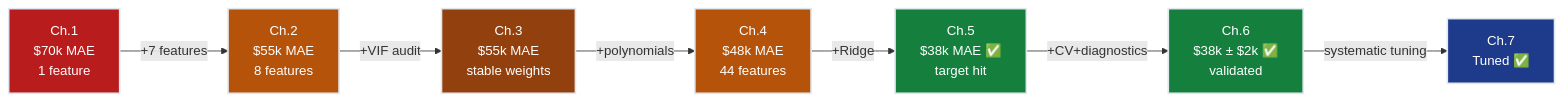
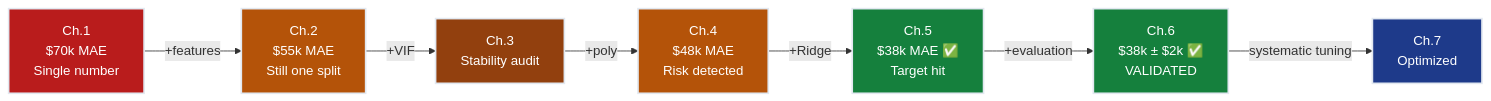
One commit to deepakshamsft/ai-portfolio changed the fifth of 5 diagrams in notes/ML/01_regression/ch06_metrics/README.md. Above: the diagram before and after it, drawn with Mermaid. The commit also changed other lines of this file and 5 other files, not shown here.

````diff
--- a/notes/ML/01_regression/ch06_metrics/README.md
+++ b/notes/ML/01_regression/ch06_metrics/README.md
@@ -724,18 +547,17 @@
 ```mermaid
 flowchart LR
-    CH1["Ch.1<br/>$70k MAE<br/>1 feature"] -->|"+7 features"| CH2["Ch.2<br/>$55k MAE<br/>8 features"]
-    CH2 -->|"+VIF audit"| CH3["Ch.3<br/>$55k MAE<br/>stable weights"]
-    CH3 -->|"+polynomials"| CH4["Ch.4<br/>$48k MAE<br/>44 features"]
-    CH4 -->|"+Ridge"| CH5["Ch.5<br/>$38k MAE ✅<br/>target hit"]
-    CH5 -->|"+CV+diagnostics"| CH6["Ch.6<br/>$38k ± $2k ✅<br/>validated"]
-
-    CH6 -->|"systematic tuning"| CH7["Ch.7<br/>Tuned ✅"]
+    CH1["Ch.1<br/>$70k MAE<br/>Single number"] -->|"+features"| CH2["Ch.2<br/>$55k MAE<br/>Still one split"]
+    CH2 -->|"+VIF"| CH3["Ch.3<br/>Stability audit"]
+    CH3 -->|"+poly"| CH4["Ch.4<br/>$48k MAE<br/>Risk detected"]
+    CH4 -->|"+Ridge"| CH5["Ch.5<br/>$38k MAE ✅<br/>Target hit"]
+    CH5 -->|"+evaluation"| CH6["Ch.6<br/>$38k ± $2k ✅<br/>VALIDATED"]
+    CH6 -->|"systematic tuning"| CH7["Ch.7<br/>Optimized"]
 
     style CH1 fill:#b91c1c,stroke:#e2e8f0,stroke-width:2px,color:#ffffff
     style CH2 fill:#b45309,stroke:#e2e8f0,stroke-width:2px,color:#ffffff
     style CH3 fill:#92400e,stroke:#e2e8f0,stroke-width:2px,color:#ffffff
     style CH4 fill:#b45309,stroke:#e2e8f0,stroke-width:2px,color:#ffffff
     style CH5 fill:#15803d,stroke:#e2e8f0,stroke-width:2px,color:#ffffff
     style CH6 fill:#15803d,stroke:#e2e8f0,stroke-width:2px,color:#ffffff
     style CH7 fill:#1e3a8a,stroke:#e2e8f0,stroke-width:2px,color:#ffffff
 ```
````
